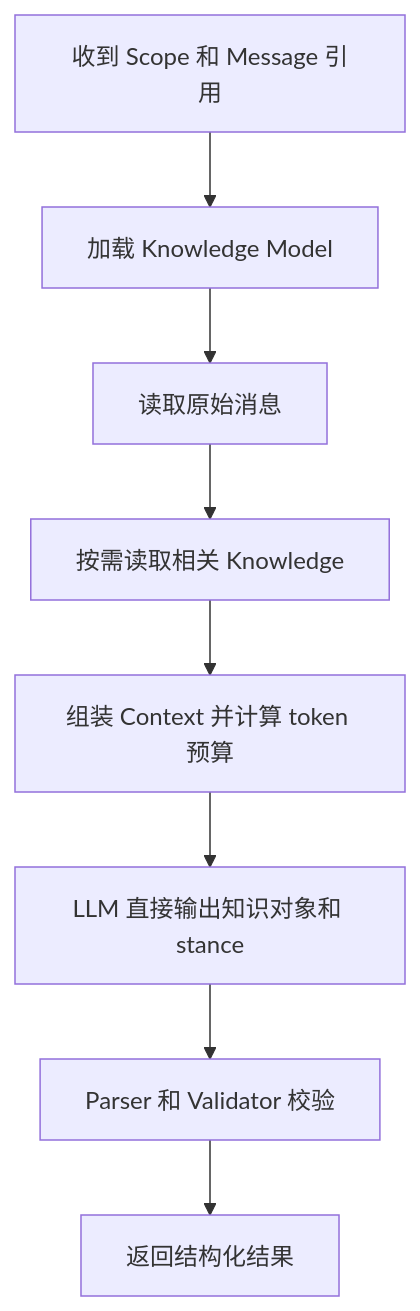
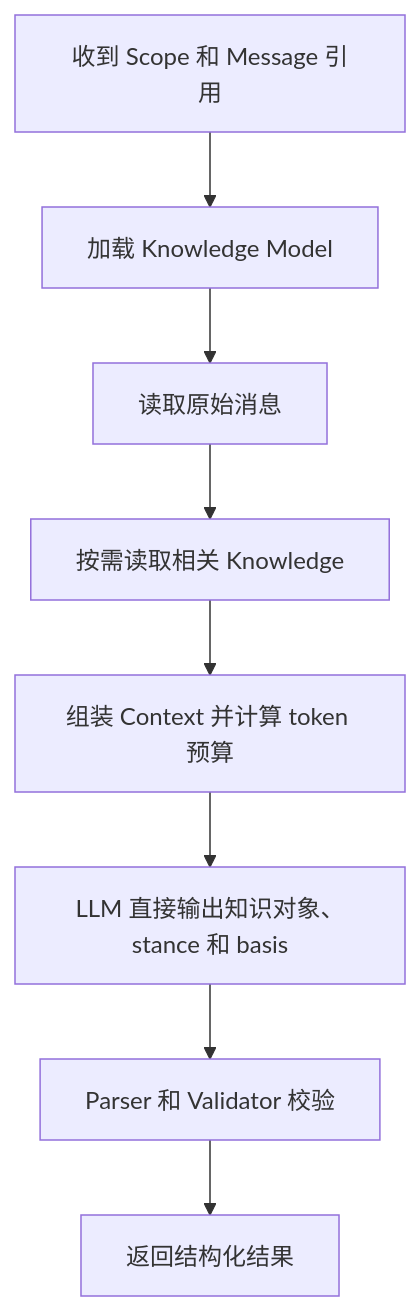
The first of 3 diagrams in zh-CN/02-workflow-and-decisions.md (gorenx/goren), drawn with Mermaid before and after one commit. The commit also changed other lines of this file and 8 other files, not shown here.

````diff
--- a/zh-CN/02-workflow-and-decisions.md
+++ b/zh-CN/02-workflow-and-decisions.md
@@ -9,10 +9,10 @@
 ```mermaid
 flowchart TD
     A["收到 Scope 和 Message 引用"] --> B["加载 Knowledge Model"]
     B --> C["读取原始消息"]
     C --> D["按需读取相关 Knowledge"]
     D --> E["组装 Context 并计算 token 预算"]
-    E --> F["LLM 直接输出知识对象和 stance"]
+    E --> F["LLM 直接输出知识对象、stance 和 basis"]
     F --> G["Parser 和 Validator 校验"]
     G --> H["返回结构化结果"]
 ```
````
